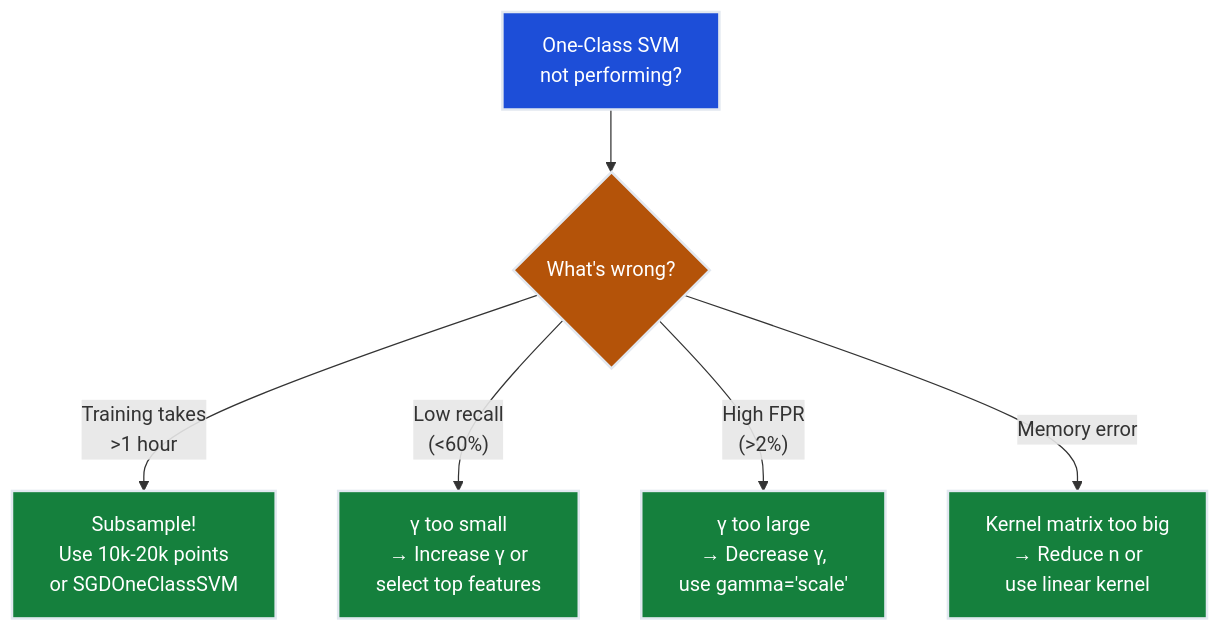
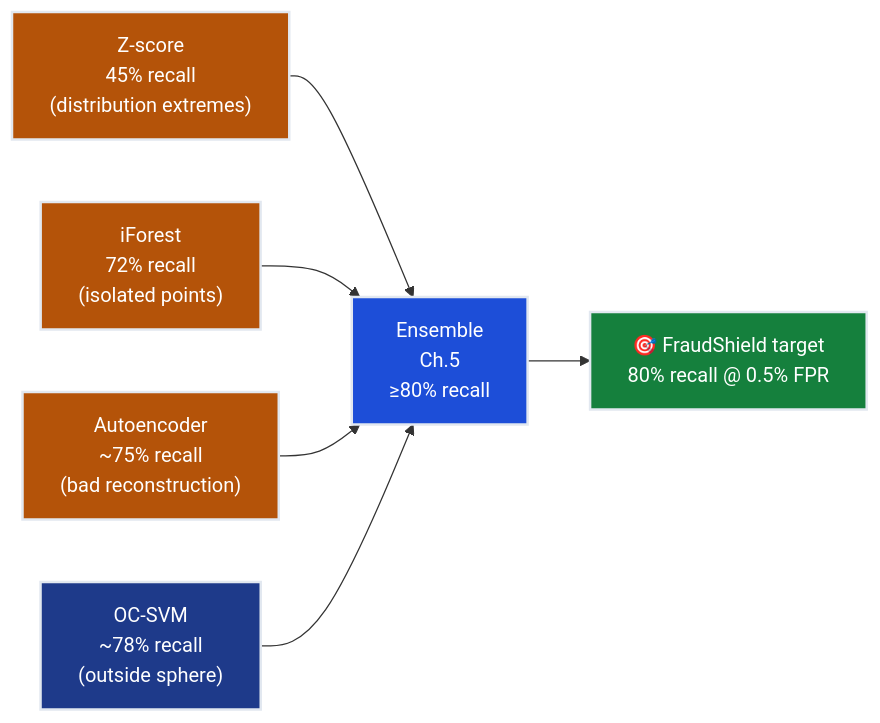
The fourth of 4 diagrams in notes/01-ml/05_anomaly_detection/ch04_one_class_svm/README.md (deepakshamsft/ai-portfolio), drawn with Mermaid before and after one commit. The commit also changed other lines of this file and 727 other files, not shown here.

````diff
--- a/notes/01-ml/05_anomaly_detection/ch04_one_class_svm/README.md
+++ b/notes/01-ml/05_anomaly_detection/ch04_one_class_svm/README.md
@@ -353,16 +633,23 @@
 ```mermaid
-flowchart TD
-    PROBLEM["One-Class SVM\nnot performing?"] --> SYMPTOM{"What's wrong?"}
+flowchart LR
+    ZS["Z-score\n45% recall\n(distribution extremes)"]
+    IF["iForest\n72% recall\n(isolated points)"]
+    AE["Autoencoder\n~75% recall\n(bad reconstruction)"]
+    OC["OC-SVM\n~78% recall\n(outside sphere)"]
 
-    SYMPTOM -->|"Training takes\n>1 hour"| SCALE["Subsample!\nUse 10k-20k points\nor SGDOneClassSVM"]
-    SYMPTOM -->|"Low recall\n(<60%)"| GAMMA["γ too small\n→ Increase γ or\nselect top features"]
-    SYMPTOM -->|"High FPR\n(>2%)"| OVERFIT["γ too large\n→ Decrease γ,\nuse gamma='scale'"]
-    SYMPTOM -->|"Memory error"| MEM["Kernel matrix too big\n→ Reduce n or\nuse linear kernel"]
+    ENS["Ensemble\nCh.5\n≥80% recall"]
 
-    style PROBLEM fill:#1d4ed8,stroke:#e2e8f0,stroke-width:2px,color:#ffffff
-    style SYMPTOM fill:#b45309,stroke:#e2e8f0,stroke-width:2px,color:#ffffff
-    style SCALE fill:#15803d,stroke:#e2e8f0,stroke-width:2px,color:#ffffff
-    style GAMMA fill:#15803d,stroke:#e2e8f0,stroke-width:2px,color:#ffffff
-    style OVERFIT fill:#15803d,stroke:#e2e8f0,stroke-width:2px,color:#ffffff
-    style MEM fill:#15803d,stroke:#e2e8f0,stroke-width:2px,color:#ffffff
+    ZS --> ENS
+    IF --> ENS
+    AE --> ENS
+    OC --> ENS
+
+    ENS --> TARGET["🎯 FraudShield target\n80% recall @ 0.5% FPR"]
+
+    style ZS fill:#b45309,stroke:#e2e8f0,stroke-width:2px,color:#ffffff
+    style IF fill:#b45309,stroke:#e2e8f0,stroke-width:2px,color:#ffffff
+    style AE fill:#b45309,stroke:#e2e8f0,stroke-width:2px,color:#ffffff
+    style OC fill:#1e3a8a,stroke:#e2e8f0,stroke-width:2px,color:#ffffff
+    style ENS fill:#1d4ed8,stroke:#e2e8f0,stroke-width:2px,color:#ffffff
+    style TARGET fill:#15803d,stroke:#e2e8f0,stroke-width:2px,color:#ffffff
 ```
````
